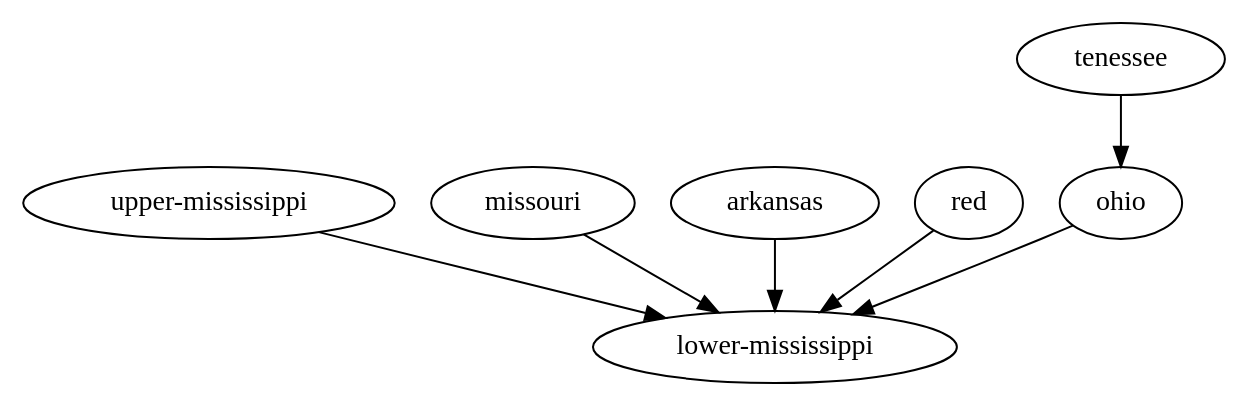
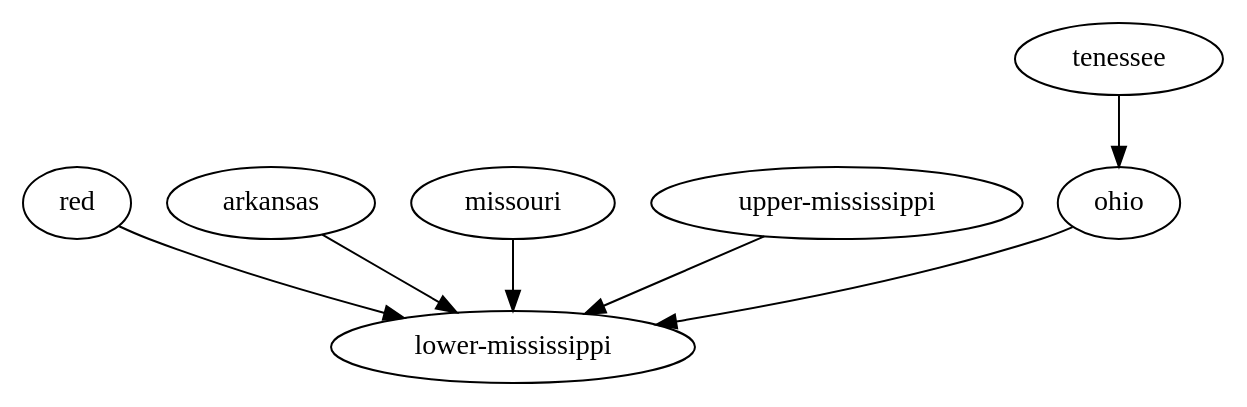
One commit to Nadi-System/Nadi-System.github.io changed the diagram in 0.8.0/output/test.gv. Above: the diagram before and after it, drawn with Graphviz. The commit also changed other lines of this file and 196 other files, not shown here.

```diff
--- a/0.8.0/output/test.gv
+++ b/0.8.0/output/test.gv
@@ -1,9 +1,9 @@
 digraph network {
 
+"red" -> "lower-mississippi"
+"arkansas" -> "lower-mississippi"
+"missouri" -> "lower-mississippi"
 "upper-mississippi" -> "lower-mississippi"
-"missouri" -> "lower-mississippi"
-"arkansas" -> "lower-mississippi"
-"red" -> "lower-mississippi"
 "ohio" -> "lower-mississippi"
 "tenessee" -> "ohio"
 }
```
